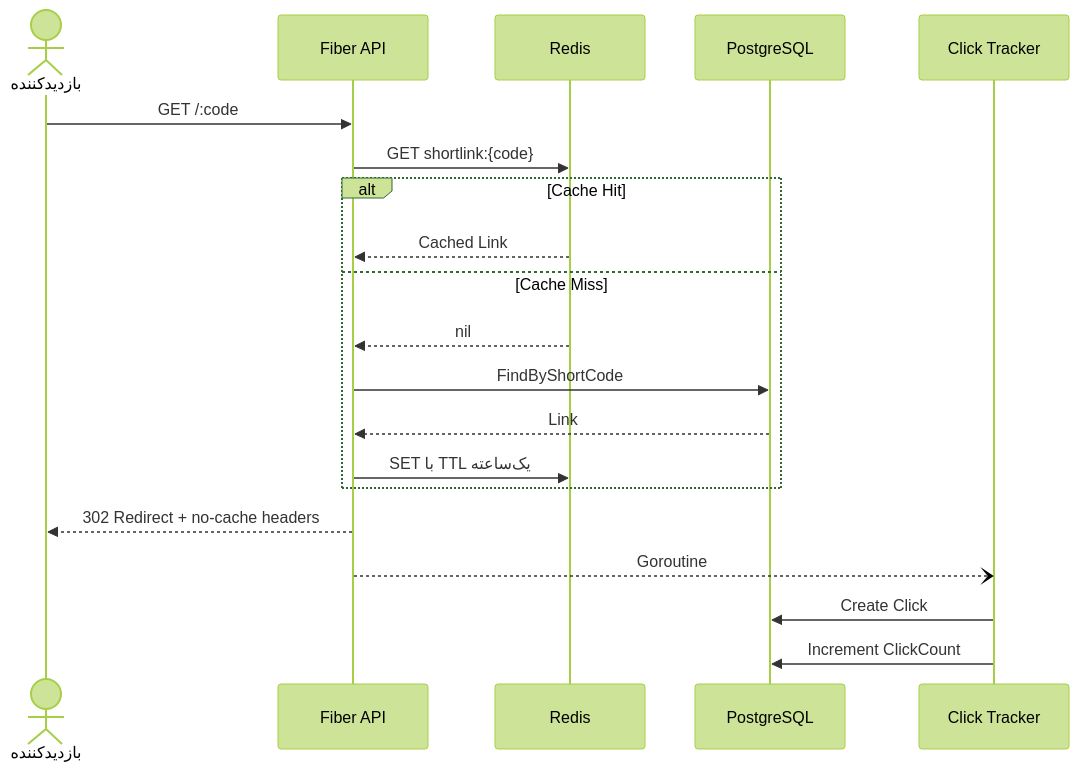
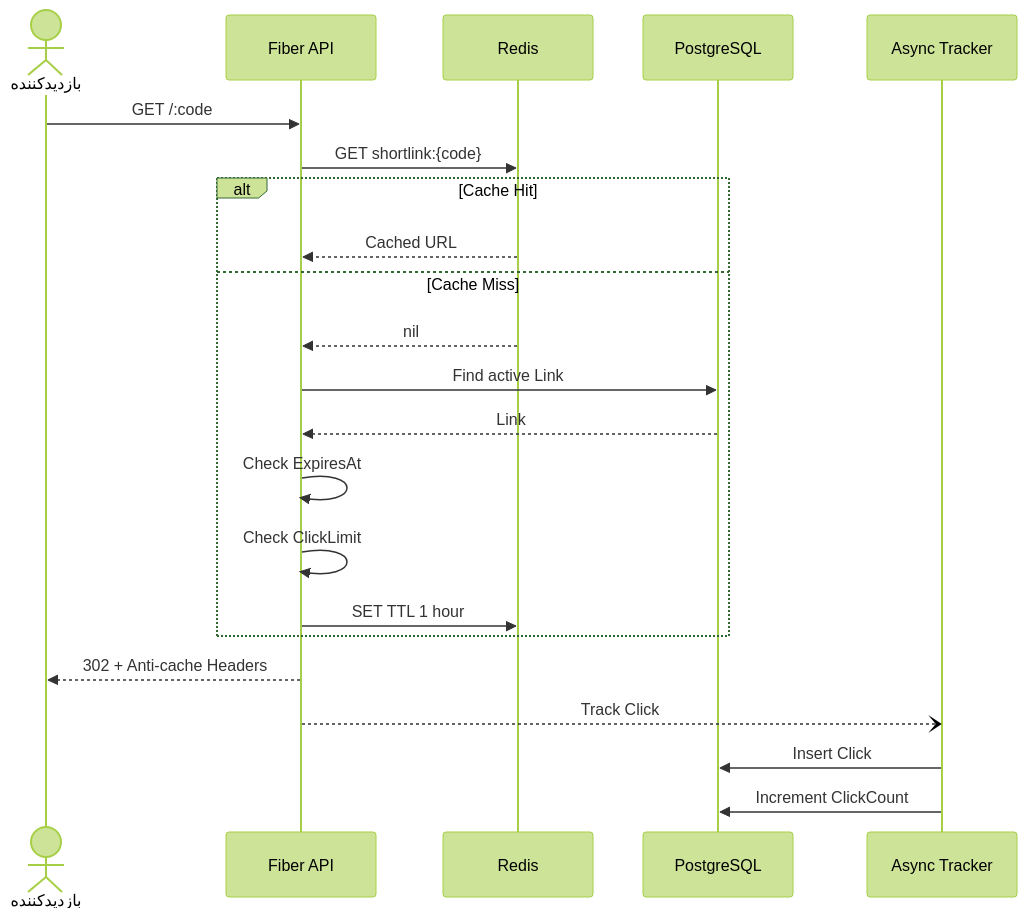
One commit to AmirMotefaker/LinkResan changed the fifth of 7 diagrams in README.md. Above: the diagram before and after it, drawn with Mermaid (forest theme). The commit also changed other lines of this file, not shown here.

````diff
--- a/README.md
+++ b/README.md
@@ -335,25 +520,27 @@
 ```mermaid
 sequenceDiagram
     actor Visitor as بازدیدکننده
     participant API as Fiber API
     participant Redis as Redis
     participant DB as PostgreSQL
-    participant Tracker as Click Tracker
+    participant Worker as Async Tracker
 
     Visitor->>API: GET /:code
     API->>Redis: GET shortlink:{code}
 
     alt Cache Hit
-        Redis-->>API: Cached Link
+        Redis-->>API: Cached URL
     else Cache Miss
         Redis-->>API: nil
-        API->>DB: FindByShortCode
+        API->>DB: Find active Link
         DB-->>API: Link
-        API->>Redis: SET با TTL یک‌ساعته
+        API->>API: Check ExpiresAt
+        API->>API: Check ClickLimit
+        API->>Redis: SET TTL 1 hour
     end
 
-    API-->>Visitor: 302 Redirect + no-cache headers
-    API--)Tracker: Goroutine
-    Tracker->>DB: Create Click
-    Tracker->>DB: Increment ClickCount
+    API-->>Visitor: 302 + Anti-cache Headers
+    API--)Worker: Track Click
+    Worker->>DB: Insert Click
+    Worker->>DB: Increment ClickCount
 ```
````
